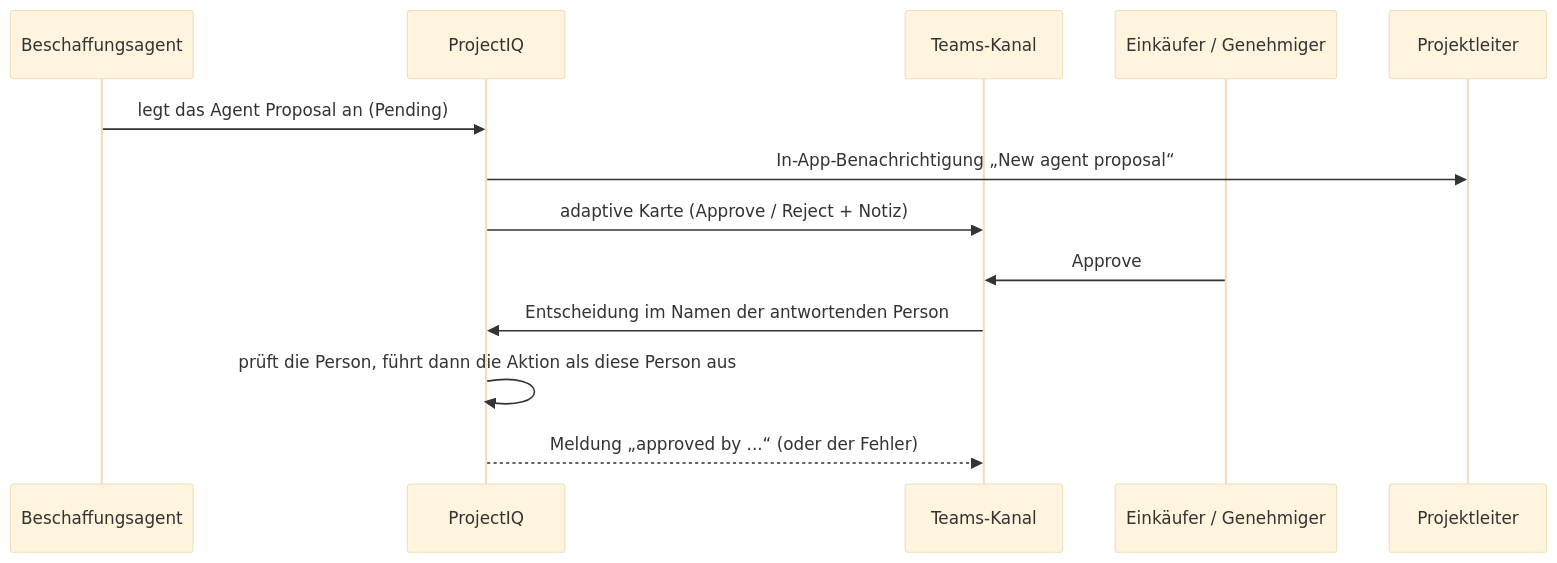
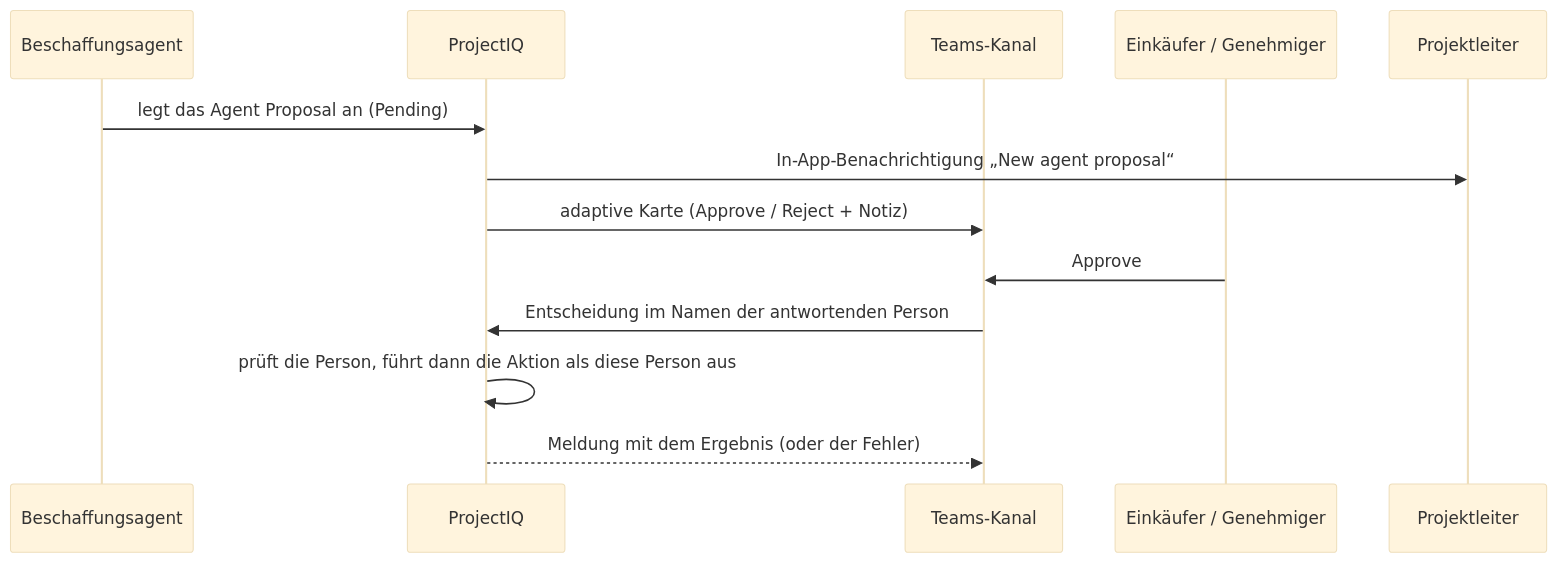
One commit to Power-Builders-Italia/ProjectIQ changed the third of 3 diagrams in docs/de/sourcing-agent.md. Above: the diagram before and after it, drawn with Mermaid (base theme). The commit also changed other lines of this file and 11 other files, not shown here.

````diff
--- a/docs/de/sourcing-agent.md
+++ b/docs/de/sourcing-agent.md
@@ -138,15 +138,15 @@
 ```mermaid
 sequenceDiagram
     participant AG as Beschaffungsagent
     participant DV as ProjectIQ
     participant TM as Teams-Kanal
     participant B as Einkäufer / Genehmiger
     participant PM as Projektleiter
     AG->>DV: legt das Agent Proposal an (Pending)
     DV->>PM: In-App-Benachrichtigung „New agent proposal“
     DV->>TM: adaptive Karte (Approve / Reject + Notiz)
     B->>TM: Approve
     TM->>DV: Entscheidung im Namen der antwortenden Person
     DV->>DV: prüft die Person, führt dann die Aktion als diese Person aus
-    DV-->>TM: Meldung „approved by ...“ (oder der Fehler)
+    DV-->>TM: Meldung mit dem Ergebnis (oder der Fehler)
 ```
````
